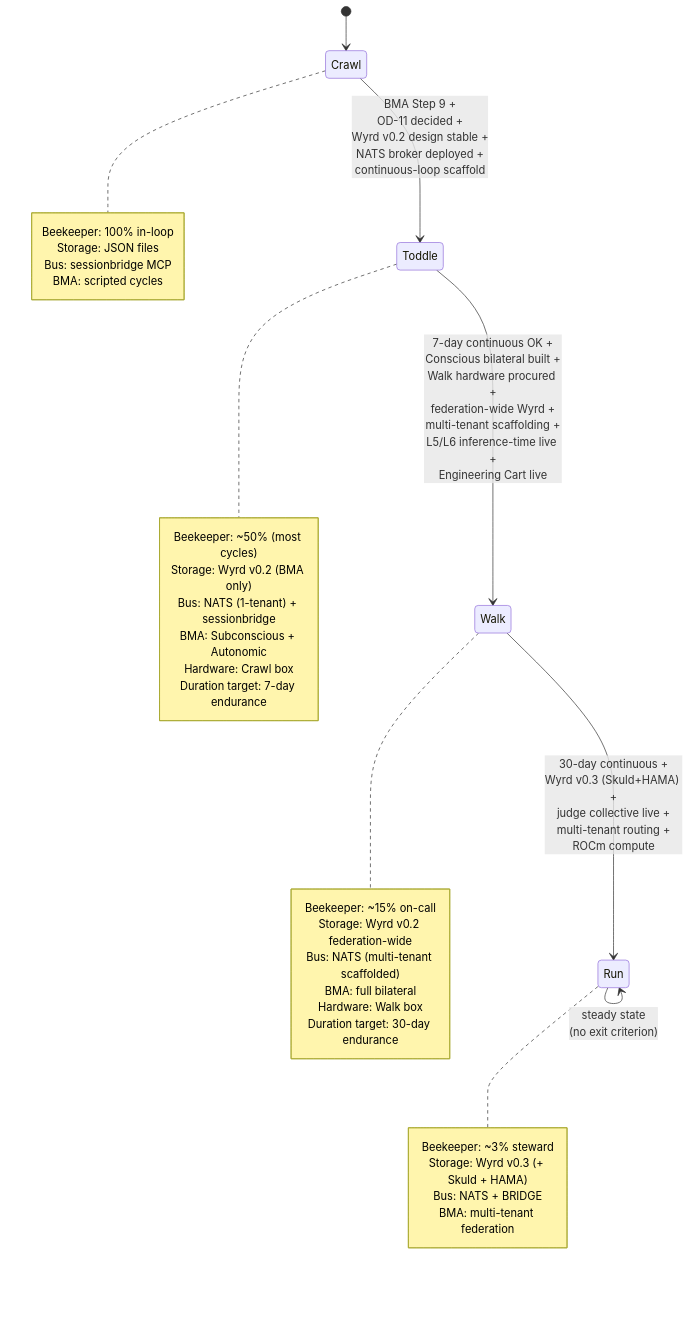
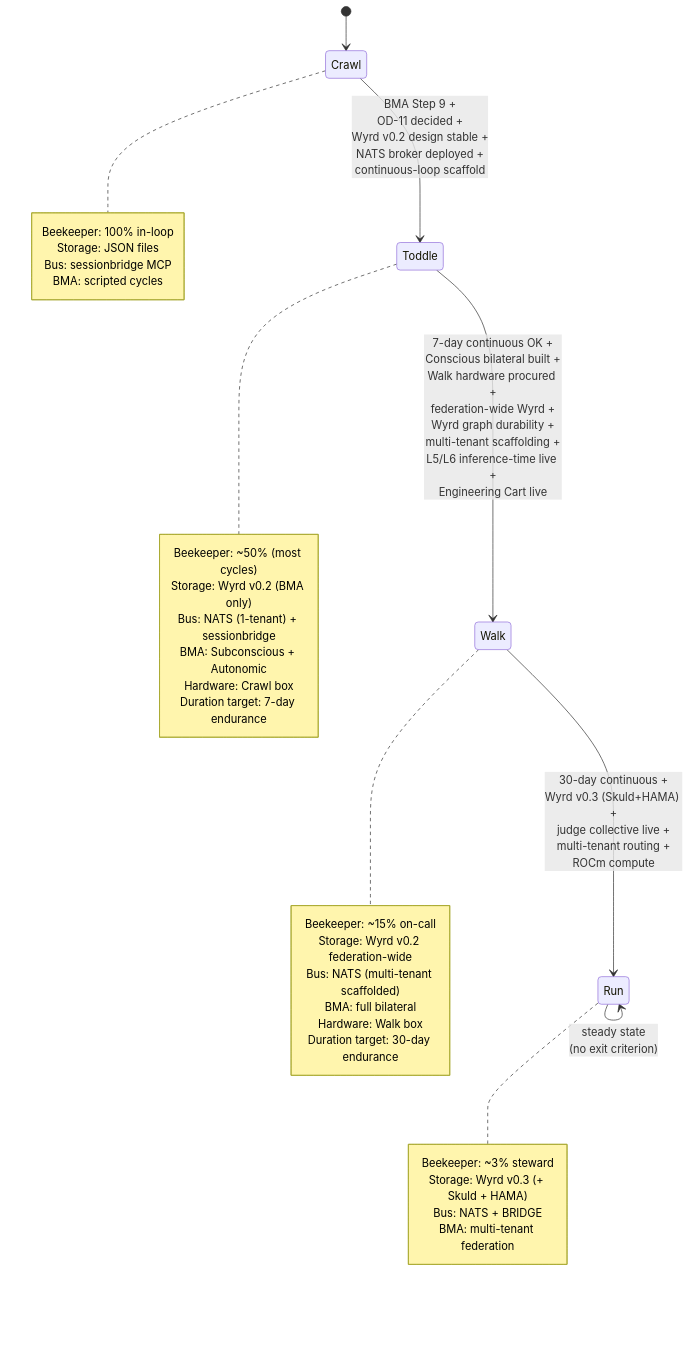
Before and after one commit to JamesPagetButler/inter: diagram 11 of 11 in workspace-phase-architecture.md, drawn with Mermaid. The commit also changed other lines of this file, not shown here.

First line of the commit message:
docs(phase-arch): Nidavellir control-plane layer + Wyrd/Nidavellir line (reading A), RISC-V targets, Wyrd durability gate (inter#301) (#302)

````diff
--- a/workspace-phase-architecture.md
+++ b/workspace-phase-architecture.md
@@ -1489,37 +1540,37 @@
 ```mermaid
 stateDiagram-v2
     [*] --> Crawl
     Crawl --> Toddle: BMA Step 9 +<br/>OD-11 decided +<br/>Wyrd v0.2 design stable +<br/>NATS broker deployed +<br/>continuous-loop scaffold
-    Toddle --> Walk: 7-day continuous OK +<br/>Conscious bilateral built +<br/>Walk hardware procured +<br/>federation-wide Wyrd +<br/>multi-tenant scaffolding +<br/>L5/L6 inference-time live +<br/>Engineering Cart live
+    Toddle --> Walk: 7-day continuous OK +<br/>Conscious bilateral built +<br/>Walk hardware procured +<br/>federation-wide Wyrd +<br/>Wyrd graph durability +<br/>multi-tenant scaffolding +<br/>L5/L6 inference-time live +<br/>Engineering Cart live
     Walk --> Run: 30-day continuous +<br/>Wyrd v0.3 (Skuld+HAMA) +<br/>judge collective live +<br/>multi-tenant routing +<br/>ROCm compute
     Run --> Run: steady state<br/>(no exit criterion)
 
     note right of Crawl
         Beekeeper: 100% in-loop
         Storage: JSON files
         Bus: sessionbridge MCP
         BMA: scripted cycles
     end note
     note right of Toddle
         Beekeeper: ~50% (most cycles)
         Storage: Wyrd v0.2 (BMA only)
         Bus: NATS (1-tenant) + sessionbridge
         BMA: Subconscious + Autonomic
         Hardware: Crawl box
         Duration target: 7-day endurance
     end note
     note right of Walk
         Beekeeper: ~15% on-call
         Storage: Wyrd v0.2 federation-wide
         Bus: NATS (multi-tenant scaffolded)
         BMA: full bilateral
         Hardware: Walk box
         Duration target: 30-day endurance
     end note
     note right of Run
         Beekeeper: ~3% steward
         Storage: Wyrd v0.3 (+ Skuld + HAMA)
         Bus: NATS + BRIDGE
         BMA: multi-tenant federation
     end note
 ```
````
